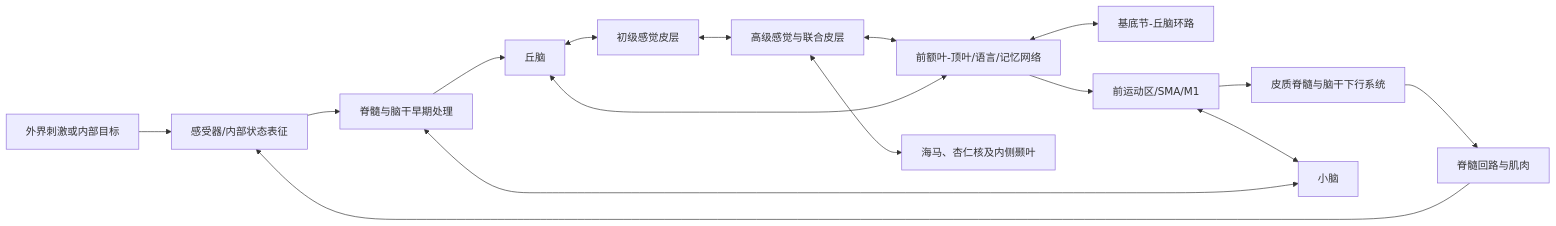
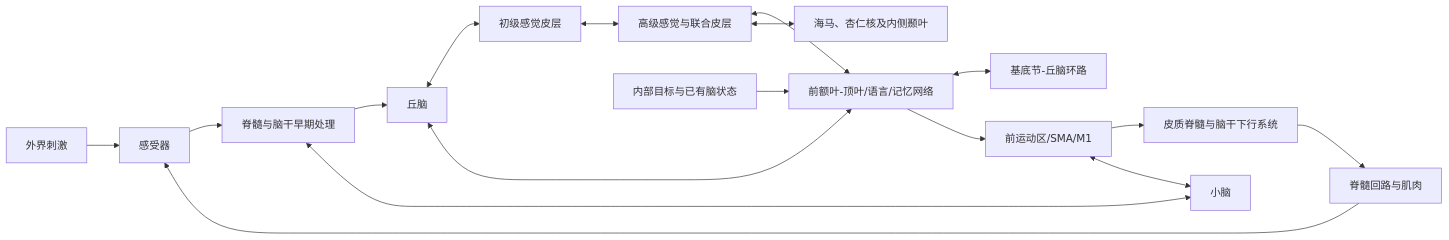
One commit to ZichaoLong/ObsidianVault changed the second of 4 diagrams in 20-tide-decentralized-neural-network/memos/background/neuroscience-survey.md. Above: the diagram before and after it, drawn with Mermaid. The commit also changed other lines of this file and 16 other files, not shown here.

First line of the commit message:
docs(tide): review textbook flow and repair boundary claims

```diff
--- a/20-tide-decentralized-neural-network/memos/background/neuroscience-survey.md
+++ b/20-tide-decentralized-neural-network/memos/background/neuroscience-survey.md
@@ -236,18 +239,19 @@
 ~~~mermaid
 flowchart LR
-    S[外界刺激或内部目标] --> R[感受器/内部状态表征]
+    S[外界刺激] --> R[感受器]
     R --> BS[脊髓与脑干早期处理]
     BS --> T[丘脑]
     T <--> P[初级感觉皮层]
     P <--> A[高级感觉与联合皮层]
     A <--> C[前额叶-顶叶/语言/记忆网络]
+    G[内部目标与已有脑状态] --> C
     C <--> BG[基底节-丘脑环路]
     C --> PM[前运动区/SMA/M1]
     PM --> DESC[皮质脊髓与脑干下行系统]
     DESC --> MUS[脊髓回路与肌肉]
     MUS --> R
     A <--> LIM[海马、杏仁核及内侧颞叶]
     PM <--> CB[小脑]
     BS <--> CB
     T <--> C
 ~~~
```
